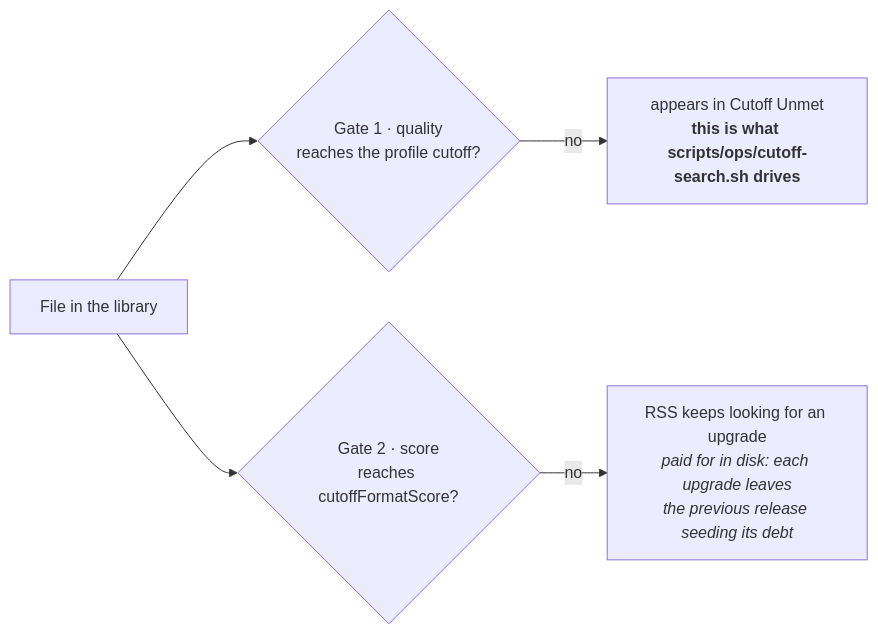
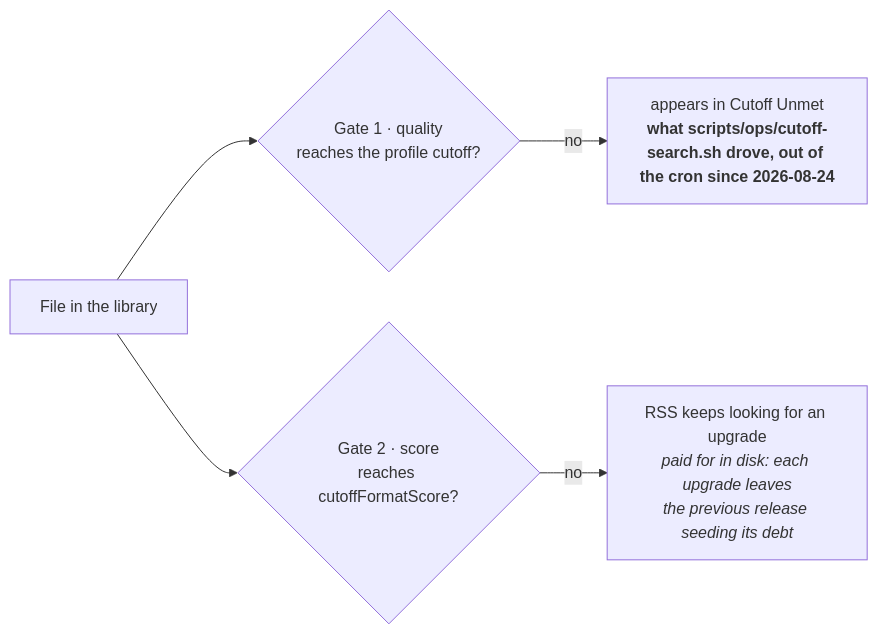
One commit to PlatanosVerdes/rpi-homeserver changed the third of 7 diagrams in docs/architecture.md. Above: the diagram before and after it, drawn with Mermaid. The commit also changed other lines of this file and 22 other files, not shown here.

````diff
--- a/docs/architecture.md
+++ b/docs/architecture.md
@@ -184,8 +186,8 @@
 ```mermaid
 flowchart LR
   F["File in the library"] --> G1 & G2
   G1{"Gate 1 · quality<br/>reaches the profile cutoff?"}
   G2{"Gate 2 · score<br/>reaches cutoffFormatScore?"}
-  G1 -->|no| S1["appears in Cutoff Unmet<br/><b>this is what scripts/ops/cutoff-search.sh drives</b>"]
+  G1 -->|no| S1["appears in Cutoff Unmet<br/><b>what scripts/ops/cutoff-search.sh drove, out of the cron since 2026-08-24</b>"]
   G2 -->|no| S2["RSS keeps looking for an upgrade<br/><i>paid for in disk: each upgrade leaves<br/>the previous release seeding its debt</i>"]
 ```
````
